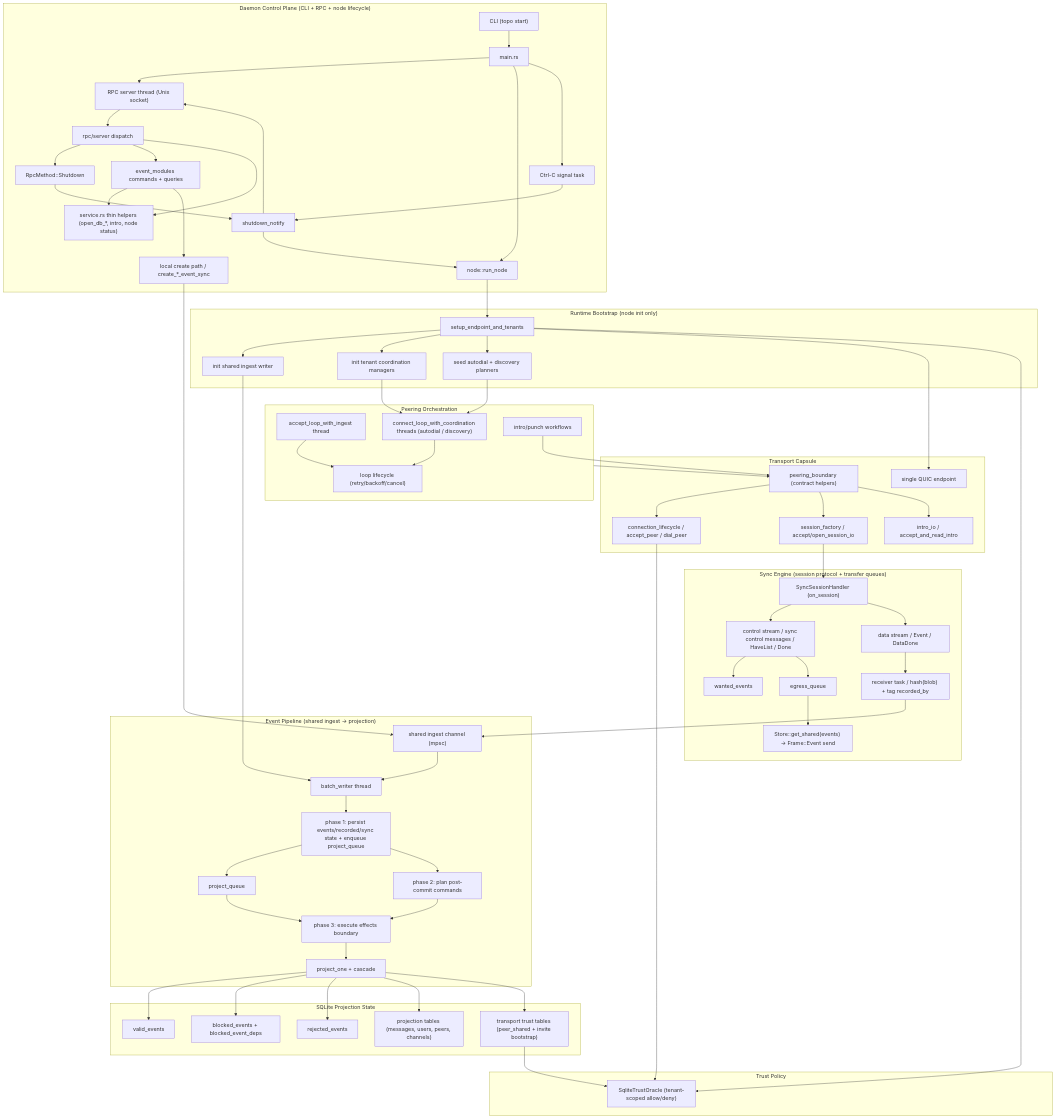
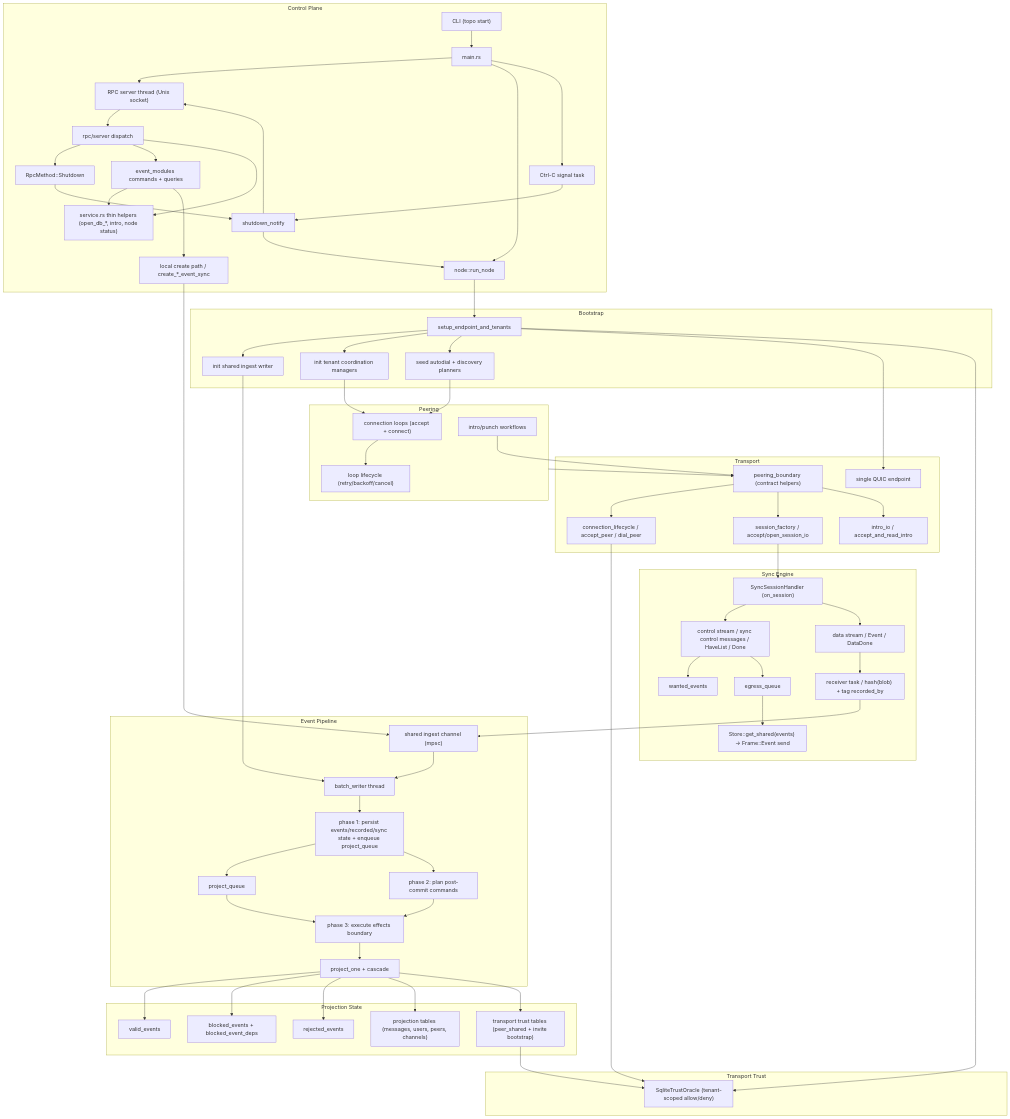
Before and after one commit to holmesworcester/topo: the fifth of 5 diagrams in docs/CURRENT_RUNTIME_DIAGRAM.md, drawn with Mermaid. The commit also changed other lines of this file, not shown here.

Commit message:
Align runtime topology with unified connection loops

````diff
--- a/docs/CURRENT_RUNTIME_DIAGRAM.md
+++ b/docs/CURRENT_RUNTIME_DIAGRAM.md
@@ -124,6 +124,6 @@
 ```mermaid
 flowchart TD
-    subgraph CTRL["Daemon Control Plane (CLI + RPC + node lifecycle)"]
+    subgraph CTRL["Control Plane"]
       CLI["CLI (topo start)"] --> MAIN["main.rs"]
       MAIN --> RPC["RPC server thread (Unix socket)"]
       MAIN --> NODE["node::run_node"]
@@ -139,7 +139,7 @@
       EMQ --> LOCAL["local create path / create_*_event_sync"]
     end
 
-    subgraph BOOT["Runtime Bootstrap (node init only)"]
+    subgraph BOOT["Bootstrap"]
       START["setup_endpoint_and_tenants"]
       BOOT_WR["init shared ingest writer"]
       BOOT_COORD["init tenant coordination managers"]
@@ -151,7 +151,7 @@
 
     NODE --> START
 
-    subgraph PIPE["Event Pipeline (shared ingest -> projection)"]
+    subgraph PIPE["Event Pipeline"]
       LOCAL --> INGEST["shared ingest channel (mpsc)"]
       INGEST --> WRITER["batch_writer thread"]
       WRITER --> P1["phase 1: persist events/recorded/sync state + enqueue project_queue"]
@@ -162,16 +162,14 @@
       P3 --> PROJ["project_one + cascade"]
     end
 
-    subgraph ORCH["Peering Orchestration"]
-      ACCEPT["accept_loop_with_ingest thread"]
-      CONNECT["connect_loop_with_coordination threads (autodial / discovery)"]
+    subgraph ORCH["Peering"]
+      CONN_LOOPS["connection loops (accept + connect)"]
       CYCLE["loop lifecycle (retry/backoff/cancel)"]
       INTRO["intro/punch workflows"]
-      ACCEPT --> CYCLE
-      CONNECT --> CYCLE
+      CONN_LOOPS --> CYCLE
     end
 
-    subgraph TRANS["Transport Capsule"]
+    subgraph TRANS["Transport"]
       EP["single QUIC endpoint"]
       BOUND["peering_boundary (contract helpers)"]
       LIFE["connection_lifecycle / accept_peer / dial_peer"]
@@ -179,22 +177,22 @@
       IIO["intro_io / accept_and_read_intro"]
     end
 
-    subgraph TRUST_POL["Trust Policy"]
+    subgraph TRUST_POL["Transport Trust"]
       TRUST["SqliteTrustOracle (tenant-scoped allow/deny)"]
     end
 
     START --> EP
     START --> TRUST
     BOOT_WR --> WRITER
-    BOOT_COORD --> CONNECT
-    BOOT_TARGET --> CONNECT
+    BOOT_COORD --> CONN_LOOPS
+    BOOT_TARGET --> CONN_LOOPS
     ORCH --> BOUND
     INTRO --> BOUND
     BOUND --> LIFE
     BOUND --> FACT
     BOUND --> IIO
 
-    subgraph SYNC_ENG["Sync Engine (session protocol + transfer queues)"]
+    subgraph SYNC_ENG["Sync Engine"]
       SYNC["SyncSessionHandler (on_session)"]
       CTRL_STREAM["control stream / sync control messages / HaveList / Done"]
       DATA["data stream / Event / DataDone"]
@@ -214,7 +212,7 @@
     FACT --> SYNC
     RECV --> INGEST
 
-    subgraph PSTATE["SQLite Projection State"]
+    subgraph PSTATE["Projection State"]
       VALID["valid_events"]
       BLOCKED["blocked_events + blocked_event_deps"]
       REJECTED["rejected_events"]
````
